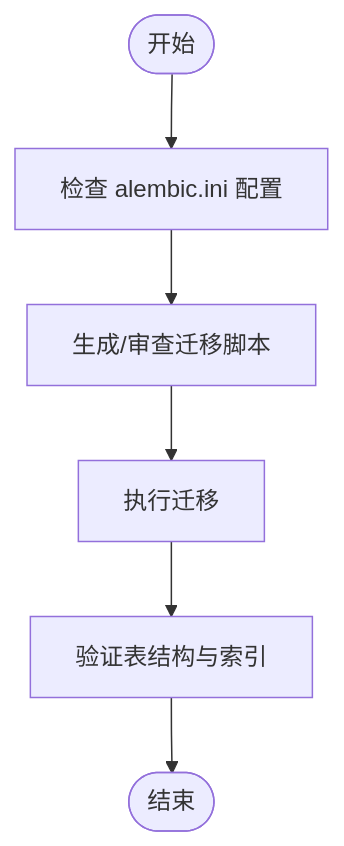
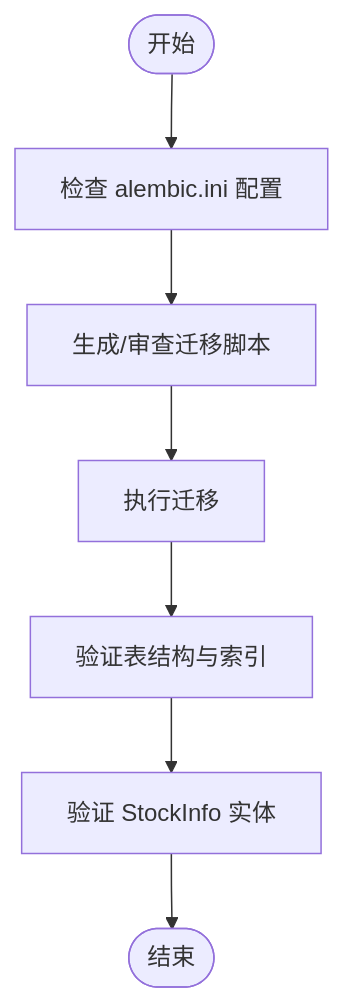
The fifth of 16 diagrams in .qoder/repowiki/zh/content/系统架构/数据架构.md (javelin-dot/llmine-quant), drawn with Mermaid before and after one commit. The commit also changed other lines of this file and 19 other files, not shown here.

````diff
--- a/.qoder/repowiki/zh/content/系统架构/数据架构.md
+++ b/.qoder/repowiki/zh/content/系统架构/数据架构.md
@@ -239,8 +262,9 @@
 ```mermaid
 flowchart TD
 Start(["开始"]) --> CheckCfg["检查 alembic.ini 配置"]
 CheckCfg --> Plan["生成/审查迁移脚本"]
 Plan --> Apply["执行迁移"]
 Apply --> Verify["验证表结构与索引"]
-Verify --> End(["结束"])
+Verify --> StockInfo["验证 StockInfo 实体"]
+StockInfo --> End(["结束"])
 ```
````
